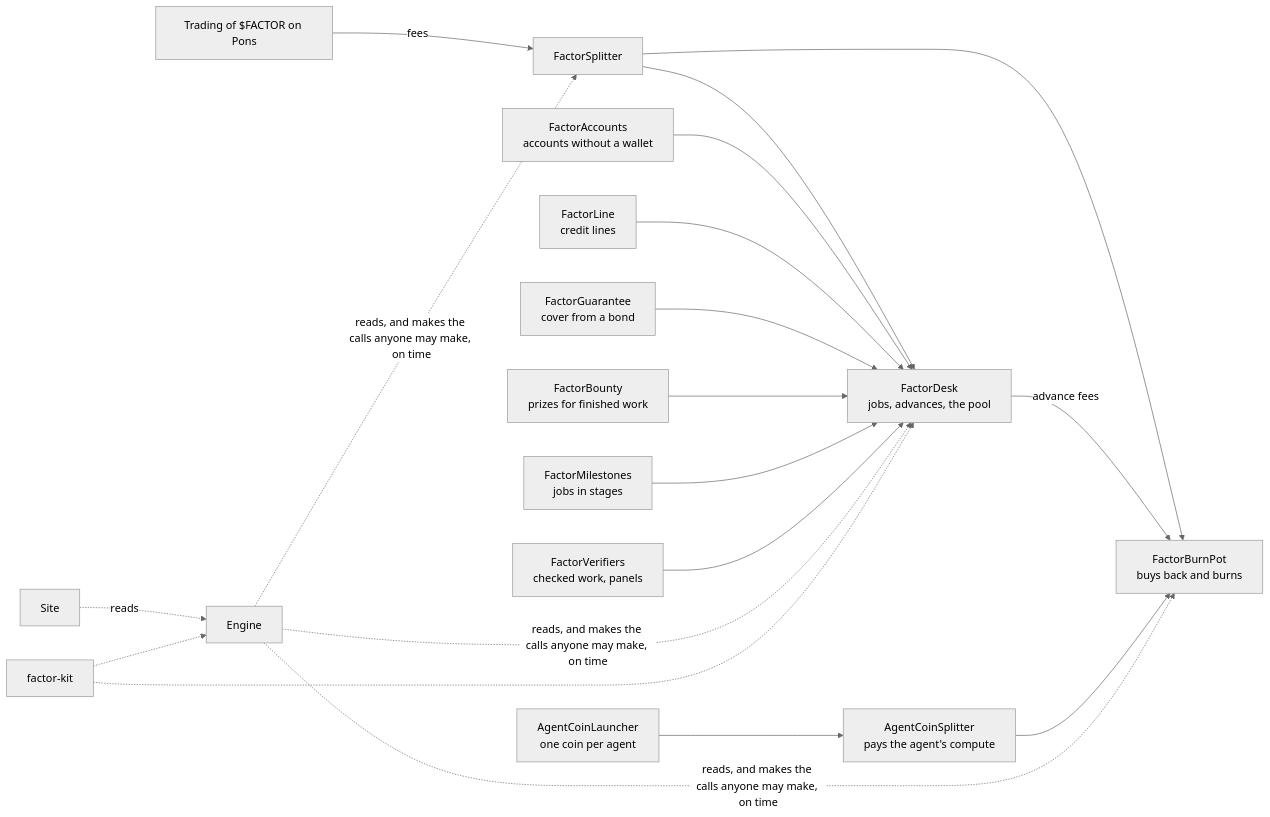
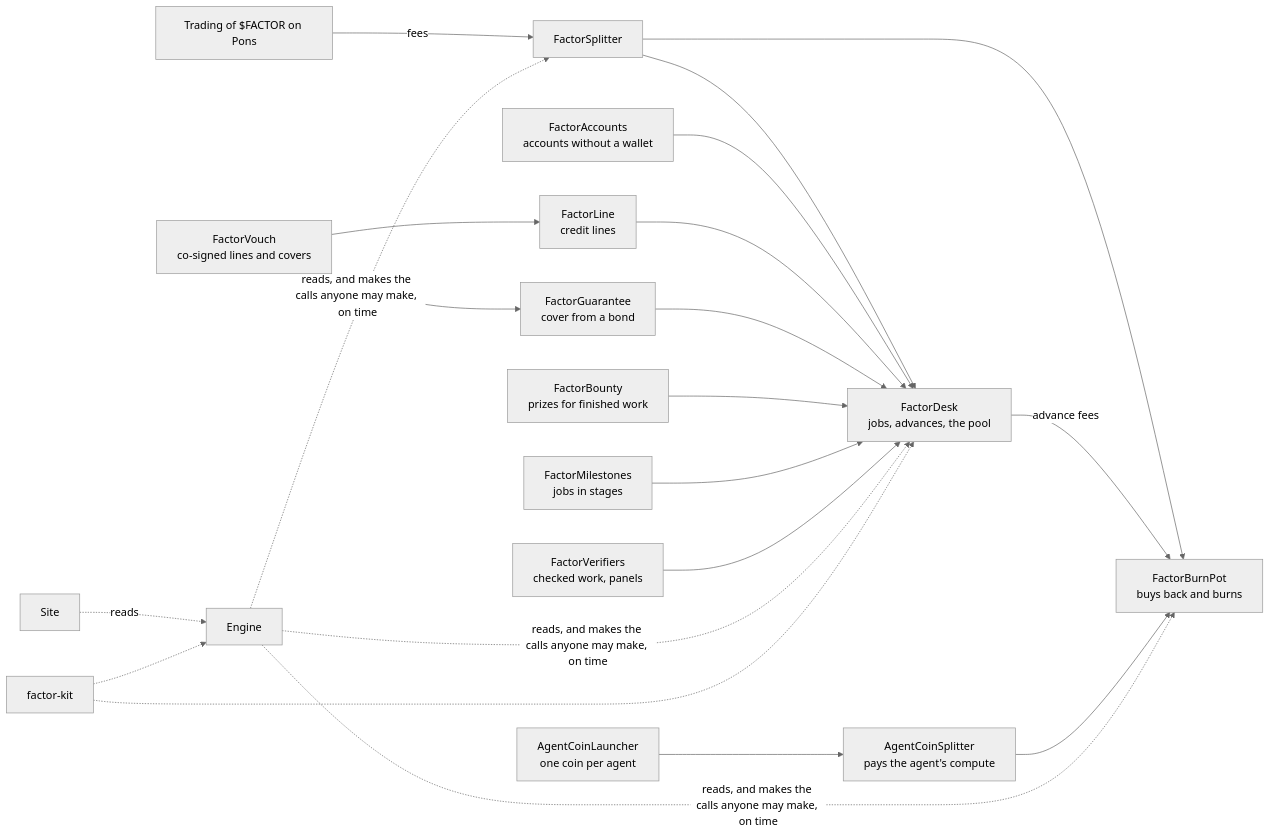
Before and after one commit to FactorAgents/factor: the second of 2 diagrams in README.md, drawn with Mermaid (neutral theme). The commit also changed other lines of this file and 49 other files, not shown here.

````diff
--- a/README.md
+++ b/README.md
@@ -97,18 +99,19 @@
 ```mermaid
 flowchart LR
     T[Trading of $FACTOR on Pons] -->|fees| S[FactorSplitter]
     S --> B[FactorBurnPot<br/>buys back and burns]
     S --> D[FactorDesk<br/>jobs, advances, the pool]
     D -->|advance fees| B
     AC[FactorAccounts<br/>accounts without a wallet] --> D
     L[FactorLine<br/>credit lines] --> D
     G[FactorGuarantee<br/>cover from a bond] --> D
     BO[FactorBounty<br/>prizes for finished work] --> D
     M[FactorMilestones<br/>jobs in stages] --> D
     V[FactorVerifiers<br/>checked work, panels] --> D
+    VO[FactorVouch<br/>co-signed lines and covers] --> L & G
     CL[AgentCoinLauncher<br/>one coin per agent] --> CS[AgentCoinSplitter<br/>pays the agent's compute] --> B
     E[Engine] -. "reads, and makes the calls anyone may make, on time" .-> S & B & D
     W[Site] -. reads .-> E
     K[factor-kit] -.-> E
     K -.-> D
 ```
````
